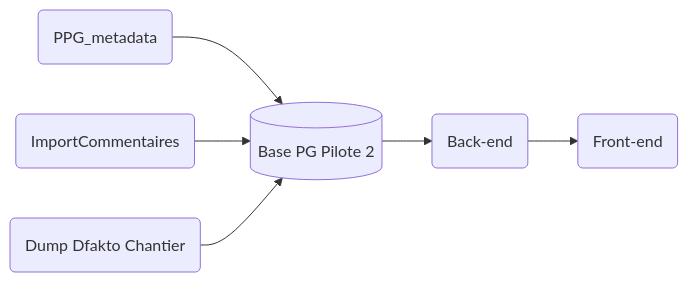
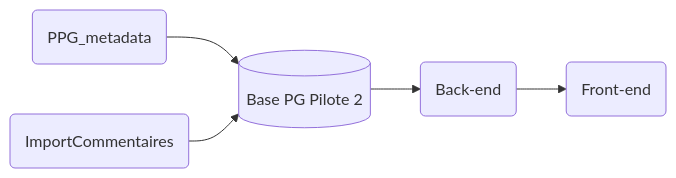
One commit to DITP-pilotage/pilote-2 changed the first of 2 diagrams in data_management/README.md. Above: the diagram before and after it, drawn with Mermaid. The commit also changed other lines of this file and 1 other file, not shown here.

Commit message:
Add SSH key to GH Action for dbt docs generation

````diff
--- a/data_management/README.md
+++ b/data_management/README.md
@@ -318,7 +318,6 @@
 ``` mermaid
 graph LR
 PM(PPG_metadata) --> PG[(Base PG Pilote 2)]
 IC(ImportCommentaires) --> PG[(Base PG Pilote 2)]
-DFAK(Dump Dfakto Chantier) --> PG
 PG --> BE(Back-end) --> FE(Front-end)
 ```
````
